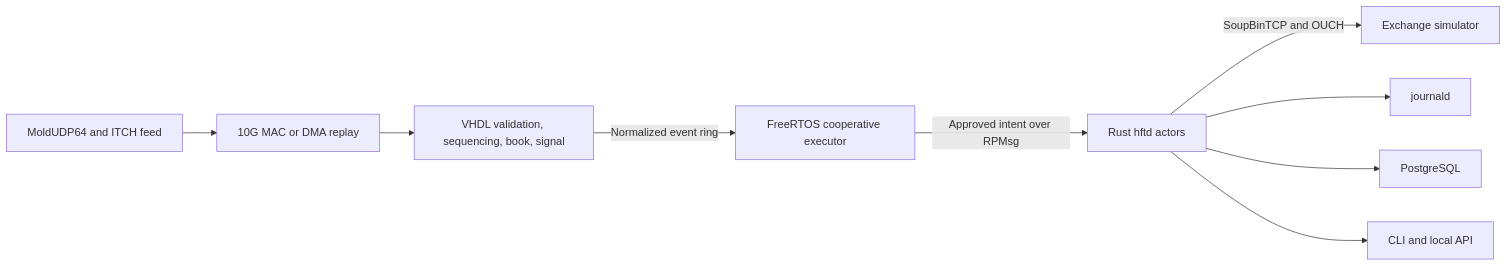
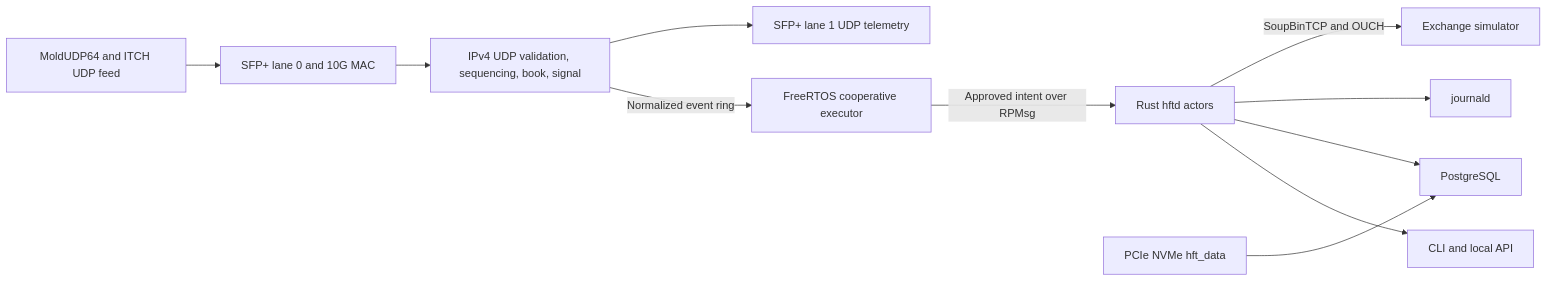
One commit to ps-chong/hft-toy-project changed the diagram in docs/architecture/diagrams/overview-1.mmd. Above: the diagram before and after it, drawn with Mermaid. The commit also changed 37 other files, not shown here.

```diff
--- a/docs/architecture/diagrams/overview-1.mmd
+++ b/docs/architecture/diagrams/overview-1.mmd
@@ -1,9 +1,11 @@
 flowchart LR
-    Feed["MoldUDP64 and ITCH feed"] --> Mac["10G MAC or DMA replay"]
-    Mac --> PL["VHDL validation, sequencing, book, signal"]
+    Feed["MoldUDP64 and ITCH UDP feed"] --> Rx["SFP+ lane 0 and 10G MAC"]
+    Rx --> PL["IPv4 UDP validation, sequencing, book, signal"]
+    PL --> Tx["SFP+ lane 1 UDP telemetry"]
     PL -->|Normalized event ring| R5["FreeRTOS cooperative executor"]
     R5 -->|Approved intent over RPMsg| A53["Rust hftd actors"]
     A53 -->|SoupBinTCP and OUCH| Exchange["Exchange simulator"]
     A53 --> Journal["journald"]
-    A53 --> Postgres["PostgreSQL"]
+    Nvme["PCIe NVMe hft_data"] --> Postgres["PostgreSQL"]
+    A53 --> Postgres
     A53 --> Api["CLI and local API"]
```
